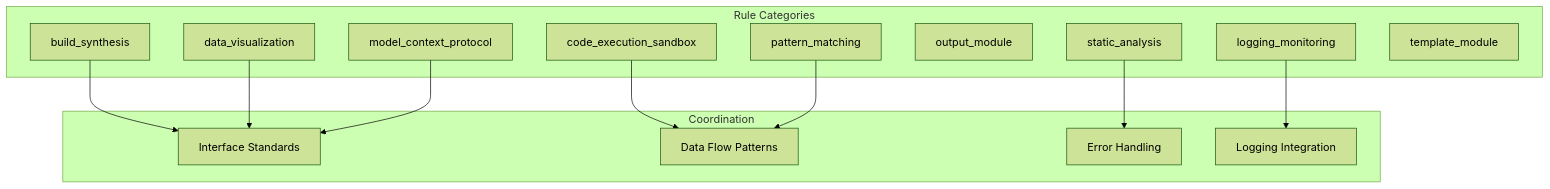
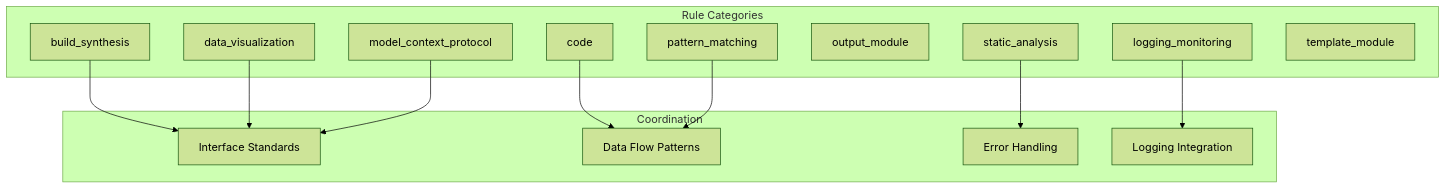
The diagram in cursorrules/cross-module/SPEC.md (docxology/codomyrmex), drawn with Mermaid (forest theme) before and after one commit. The commit also changed other lines of this file and 1922 other files, not shown here.

````diff
--- a/cursorrules/cross-module/SPEC.md
+++ b/cursorrules/cross-module/SPEC.md
@@ -43,29 +43,29 @@
 ```mermaid
 graph TD
     subgraph "Rule Categories"
         Build[build_synthesis]
-        Exec[code_execution_sandbox]
+        Exec[code]
         Viz[data_visualization]
         Log[logging_monitoring]
         MCP[model_context_protocol]
         Output[output_module]
         Pattern[pattern_matching]
         Static[static_analysis]
         Template[template_module]
     end
 
     subgraph "Coordination"
         Interface[Interface Standards]
         DataFlow[Data Flow Patterns]
         ErrorHandling[Error Handling]
         Logging[Logging Integration]
     end
 
     Build --> Interface
     Exec --> DataFlow
     Viz --> Interface
     Log --> Logging
     MCP --> Interface
     Pattern --> DataFlow
     Static --> ErrorHandling
 ```
````
